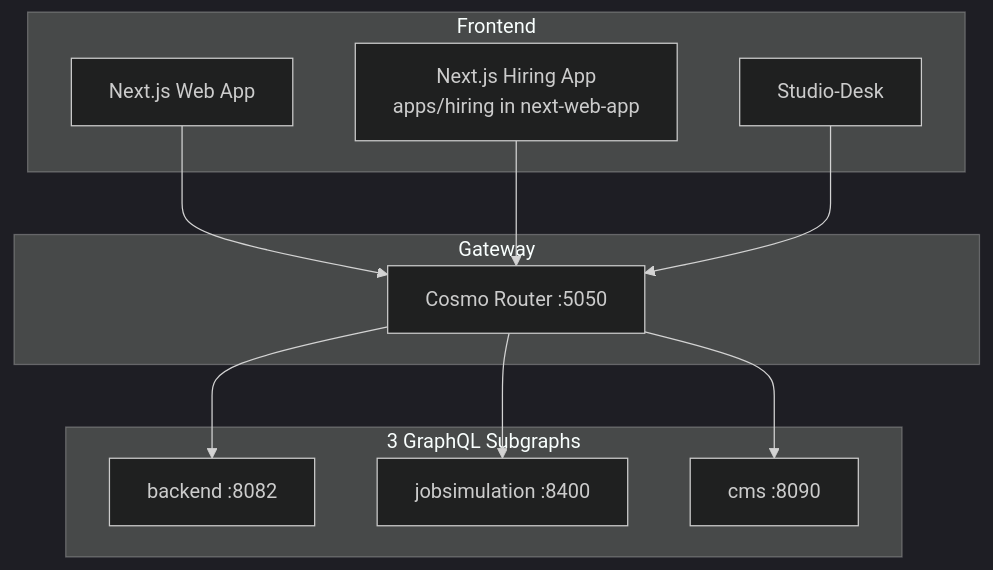
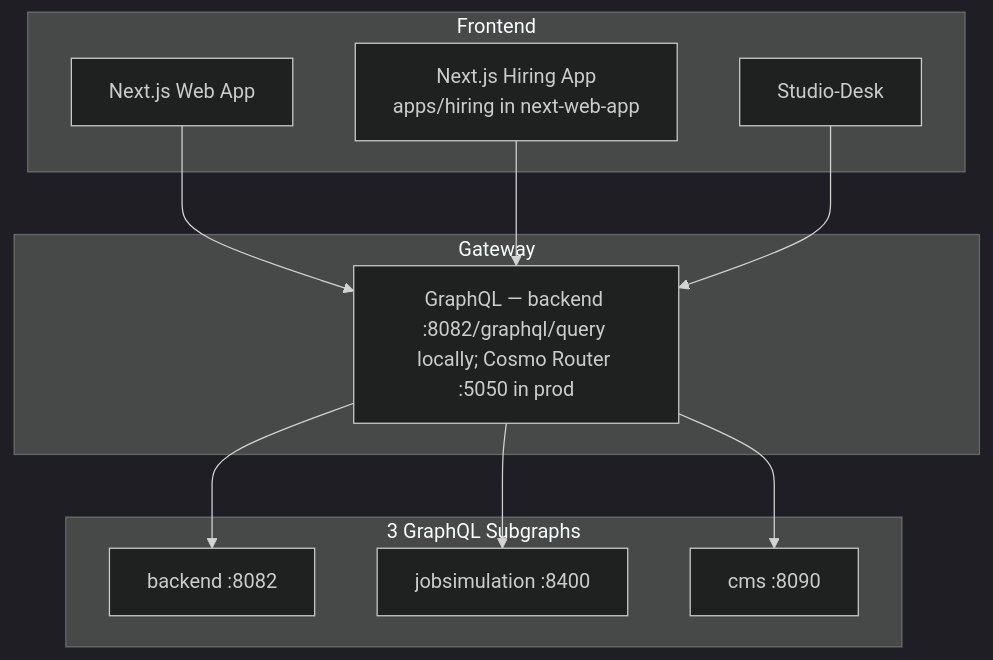
The third of 3 diagrams in corpus/architecture/external_services.md (anthropos-work/rosetta), drawn with Mermaid (dark theme) before and after one commit. The commit also changed other lines of this file and 16 other files, not shown here.

````diff
--- a/corpus/architecture/external_services.md
+++ b/corpus/architecture/external_services.md
@@ -320,25 +323,25 @@
 ```mermaid
 graph TB
     subgraph Frontend
         Web[Next.js Web App]
         Hiring[Next.js Hiring App<br/>apps/hiring in next-web-app]
         Desk[Studio-Desk]
     end
 
     subgraph Gateway
-        WG[Cosmo Router :5050]
+        WG[GraphQL — backend :8082/graphql/query locally; Cosmo Router :5050 in prod]
     end
 
     subgraph Subgraphs[3 GraphQL Subgraphs]
         Backend[backend :8082]
         Jobsim[jobsimulation :8400]
         CMS[cms :8090]
     end
 
     Web --> WG
     Hiring --> WG
     Desk --> WG
     WG --> Backend
     WG --> Jobsim
     WG --> CMS
 ```
````
